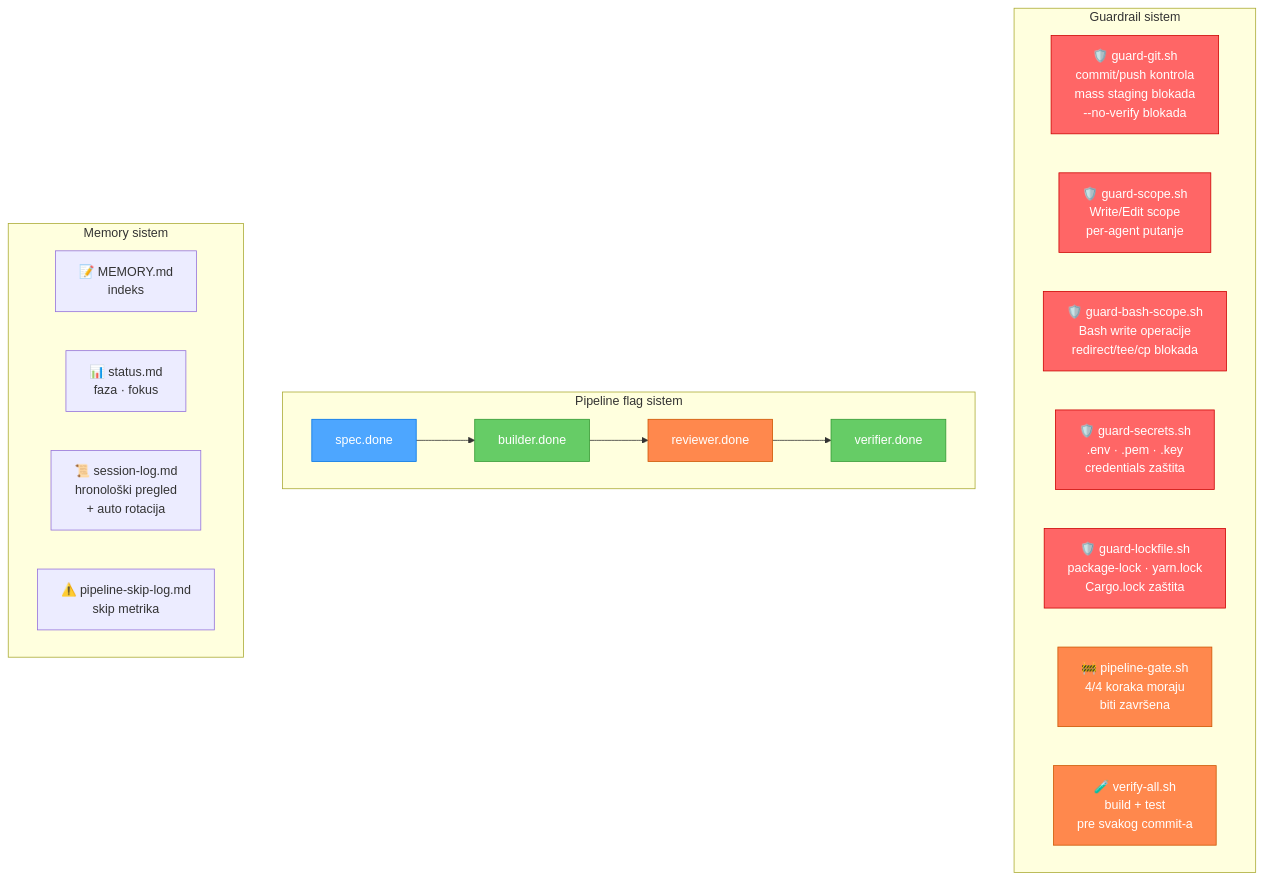
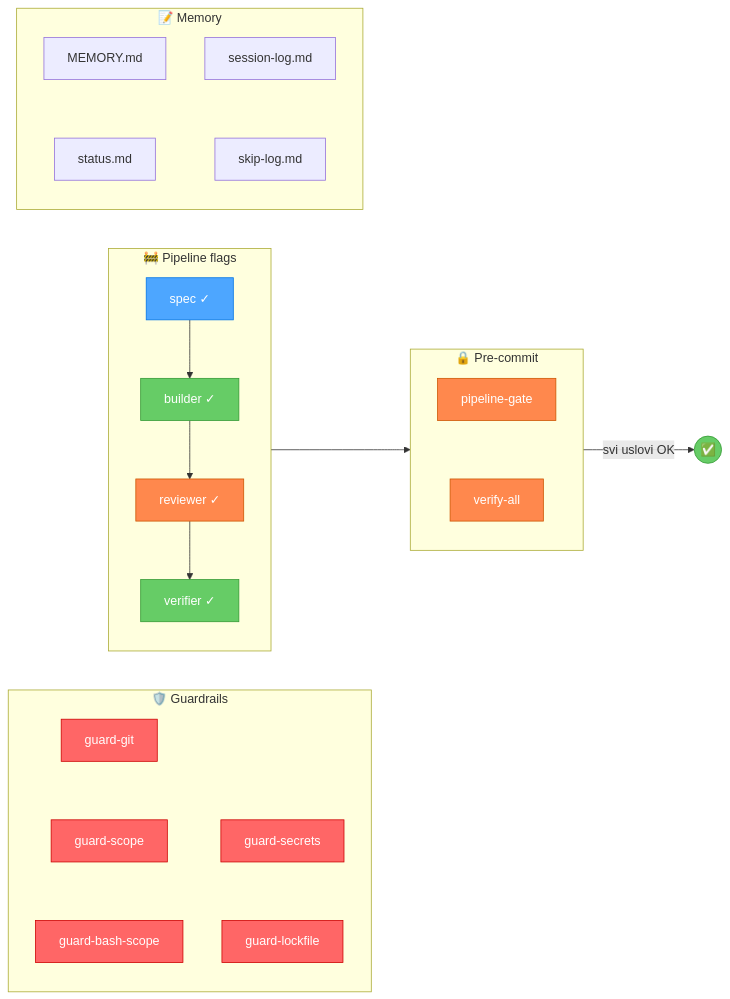
One commit to zstevovich/claude-apd changed the second of 2 diagrams in README.md. Above: the diagram before and after it, drawn with Mermaid. The commit also changed other lines of this file, not shown here.

Commit message:
docs: make Mermaid diagrams more compact and cleaner

````diff
--- a/README.md
+++ b/README.md
@@ -50,38 +36,38 @@
 ```mermaid
-graph TB
-    subgraph "Guardrail sistem"
-        direction LR
-        GG["🛡️ guard-git.sh<br/>commit/push kontrola<br/>mass staging blokada<br/>--no-verify blokada"]
-        GS["🛡️ guard-scope.sh<br/>Write/Edit scope<br/>per-agent putanje"]
-        GB["🛡️ guard-bash-scope.sh<br/>Bash write operacije<br/>redirect/tee/cp blokada"]
-        GSE["🛡️ guard-secrets.sh<br/>.env · .pem · .key<br/>credentials zaštita"]
-        GL["🛡️ guard-lockfile.sh<br/>package-lock · yarn.lock<br/>Cargo.lock zaštita"]
-        PG["🚧 pipeline-gate.sh<br/>4/4 koraka moraju<br/>biti završena"]
-        VA["🧪 verify-all.sh<br/>build + test<br/>pre svakog commit-a"]
+graph LR
+    subgraph guards ["🛡️ Guardrails"]
+        direction TB
+        GG["guard-git"] ~~~ GS["guard-scope"] ~~~ GB["guard-bash-scope"]
+        GSE["guard-secrets"] ~~~ GL["guard-lockfile"]
     end
 
-    subgraph "Pipeline flag sistem"
-        direction LR
-        S["spec.done"] --> B["builder.done"] --> R["reviewer.done"] --> V["verifier.done"]
+    subgraph pipeline ["🚧 Pipeline flags"]
+        S["spec ✓"] --> B["builder ✓"] --> R["reviewer ✓"] --> V["verifier ✓"]
     end
 
-    subgraph "Memory sistem"
-        direction LR
-        MEM["📝 MEMORY.md<br/>indeks"]
-        STAT["📊 status.md<br/>faza · fokus"]
-        LOG["📜 session-log.md<br/>hronološki pregled<br/>+ auto rotacija"]
-        SKIP["⚠️ pipeline-skip-log.md<br/>skip metrika"]
+    subgraph gate ["🔒 Pre-commit"]
+        PG["pipeline-gate"] ~~~ VA["verify-all"]
     end
+
+    subgraph memory ["📝 Memory"]
+        direction TB
+        MEM["MEMORY.md"] ~~~ STAT["status.md"]
+        LOG["session-log.md"] ~~~ SKIP["skip-log.md"]
+    end
+
+    pipeline --> gate
+    gate -->|"svi uslovi OK"| OK(("✅"))
 
     style GG fill:#ff6666,stroke:#cc0000,color:#fff
     style GS fill:#ff6666,stroke:#cc0000,color:#fff
     style GB fill:#ff6666,stroke:#cc0000,color:#fff
     style GSE fill:#ff6666,stroke:#cc0000,color:#fff
     style GL fill:#ff6666,stroke:#cc0000,color:#fff
     style PG fill:#ff884d,stroke:#cc5500,color:#fff
     style VA fill:#ff884d,stroke:#cc5500,color:#fff
     style S fill:#4da6ff,stroke:#0073e6,color:#fff
     style B fill:#66cc66,stroke:#339933,color:#fff
     style R fill:#ff884d,stroke:#cc5500,color:#fff
     style V fill:#66cc66,stroke:#339933,color:#fff
+    style OK fill:#66cc66,stroke:#339933,color:#fff
 ```
````
